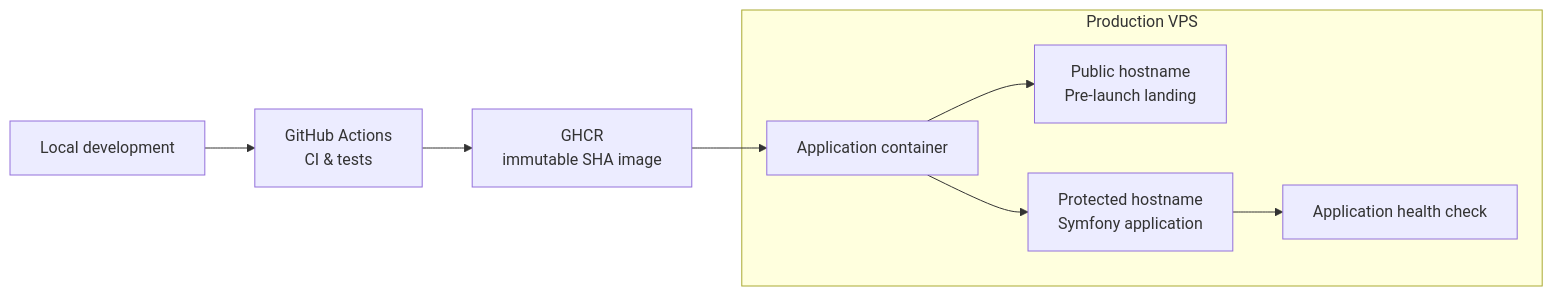
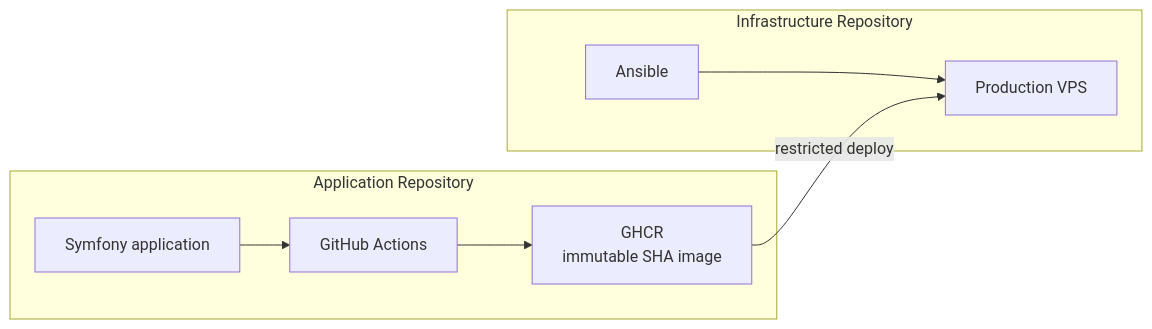
The first of 2 diagrams in README.md (lapkinu/symfony-app-template), drawn with Mermaid before and after one commit. The commit also changed other lines of this file, not shown here.

Commit message:
Update README for simplified pre-launch ->  production transition

````diff
--- a/README.md
+++ b/README.md
@@ -42,21 +50,13 @@
 ```mermaid
 flowchart LR
-    DEV["Local development"]
-    CI["GitHub Actions<br/>CI & tests"]
-    GHCR["GHCR<br/>immutable SHA image"]
-
-    subgraph VPS["Production VPS"]
-        CONTAINER["Application container"]
-        LANDING["Public hostname<br/>Pre-launch landing"]
-        APP["Protected hostname<br/>Symfony application"]
-        HEALTH["Application health check"]
+    subgraph APP["Application Repository"]
+        CODE["Symfony application"] --> CI["GitHub Actions"]
+        CI --> IMAGE["GHCR<br/>immutable SHA image"]
     end
 
-    DEV --> CI
-    CI --> GHCR
-    GHCR --> CONTAINER
+    subgraph INFRA["Infrastructure Repository"]
+        ANSIBLE["Ansible"] --> VPS["Production VPS"]
+    end
 
-    CONTAINER --> LANDING
-    CONTAINER --> APP
-    APP --> HEALTH
+    IMAGE -->|restricted deploy| VPS
 ```
````
